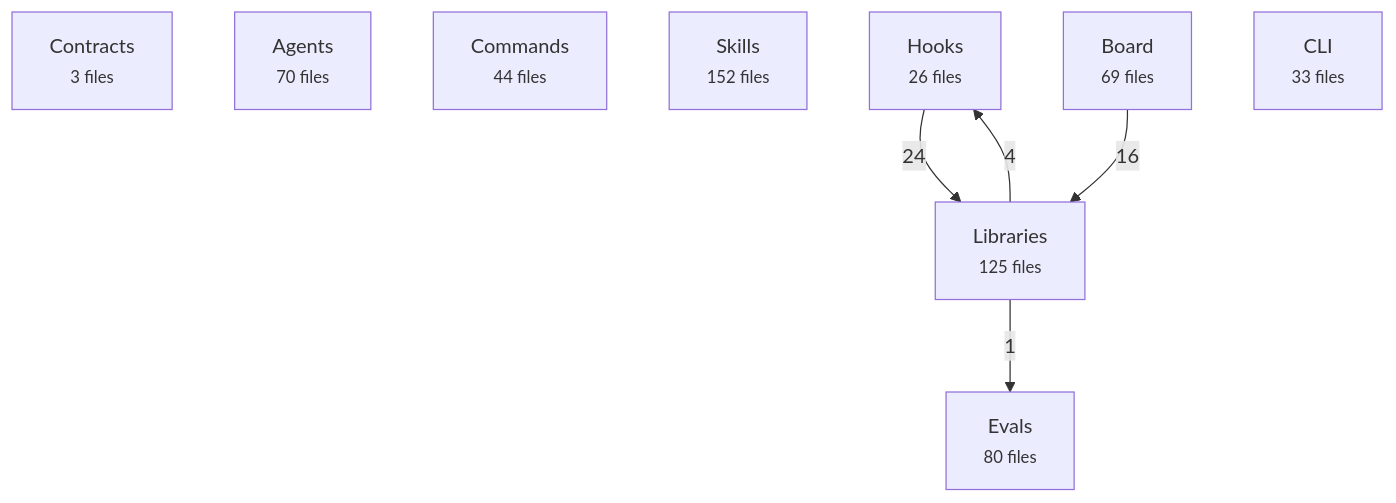
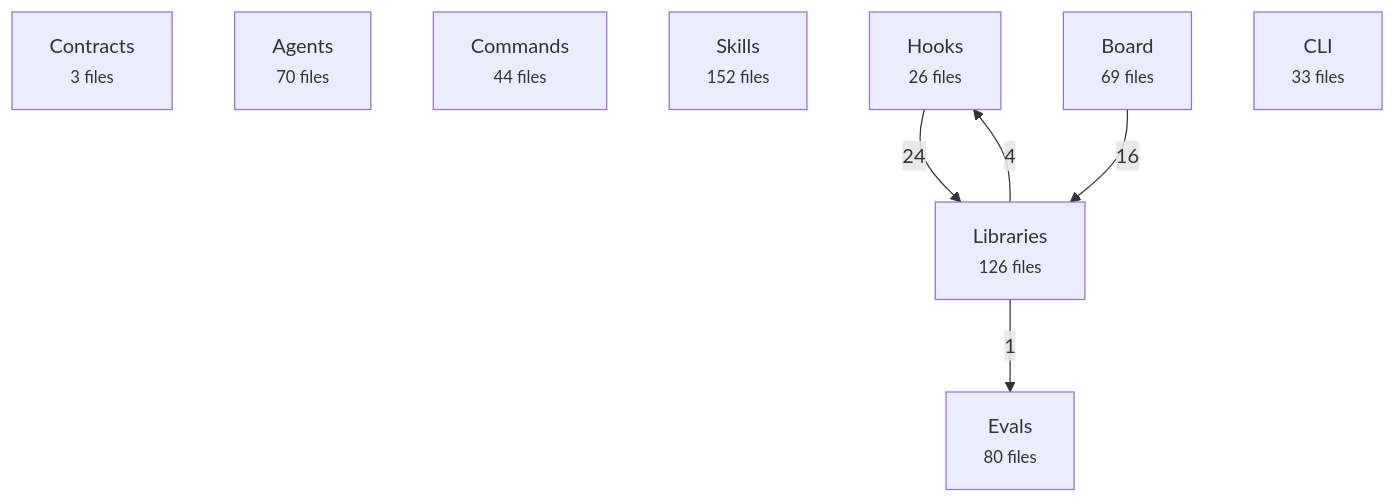
The first of 2 diagrams in docs/reference/architecture-map.md (avelikiy/great_cto), drawn with Mermaid before and after one commit. The commit also changed other lines of this file, not shown here.

First line of the commit message:
docs(reference): regenerate the architecture map for subagent-row

````diff
--- a/docs/reference/architecture-map.md
+++ b/docs/reference/architecture-map.md
@@ -20,16 +20,16 @@
 ```mermaid
 flowchart TD
   contracts["Contracts<br/><small>3 files</small>"]
   agents["Agents<br/><small>70 files</small>"]
   commands["Commands<br/><small>44 files</small>"]
   skills["Skills<br/><small>152 files</small>"]
   hooks["Hooks<br/><small>26 files</small>"]
-  libs["Libraries<br/><small>125 files</small>"]
+  libs["Libraries<br/><small>126 files</small>"]
   board["Board<br/><small>69 files</small>"]
   cli["CLI<br/><small>33 files</small>"]
   evals["Evals<br/><small>80 files</small>"]
   hooks -->|24| libs
   board -->|16| libs
   libs -->|4| hooks
   libs -->|1| evals
 ```
````
